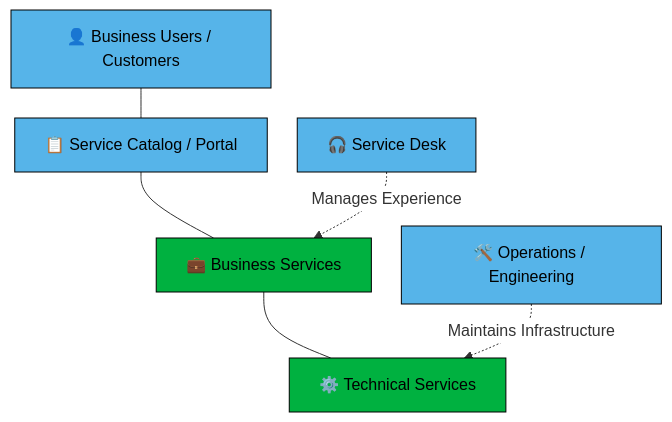
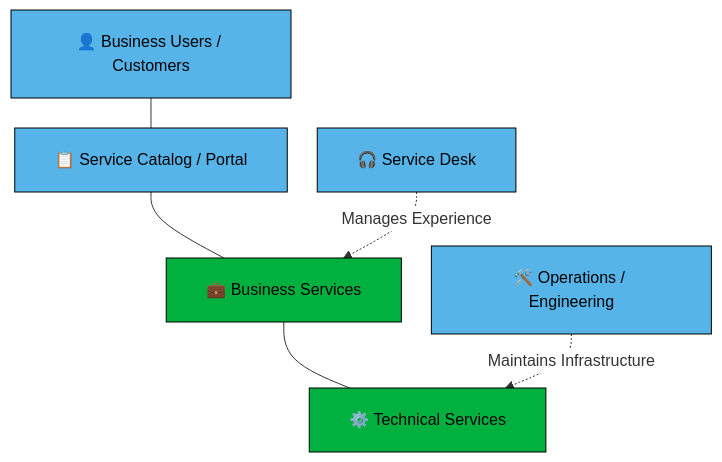
One commit to Hornbill-Docs/servicemanager-user-guide changed the diagram in servicemanager-user-guide/service-portfolio/services/overview.md. Above: the diagram before and after it, drawn with Mermaid. The commit also changed other lines of this file and 1 other file, not shown here.

````diff
--- a/servicemanager-user-guide/service-portfolio/services/overview.md
+++ b/servicemanager-user-guide/service-portfolio/services/overview.md
@@ -9,34 +9,34 @@
 ```mermaid
-%%{init: {'flowchart': {'nodeSpacing': 30, 'rankSpacing': 30}, 'themeVariables': { 'edgeLabelBackground': '#ffffff' }}}%%
+%%{init: {'flowchart': {'nodeSpacing': 30, 'padding': 20, 'rankSpacing': 30}, 'themeVariables': {'edgeLabelBackground': '#ffffff' }}}%%
 graph TD
     %% User Layer
     CU["`👤 Business Users / Customers`"]
 
     %% Access Layer
     SC["`📋 Service Catalog / Portal`"]
 
     %% Service Layer
     BS["`💼 Business Services`"]
     TS["`⚙️ Technical Services`"]
 
     %% Support Layer
     ST["`🎧 Service Desk`"]
     OT["`🛠️ Operations / Engineering`"]
 
     %% Relationships
     CU --- SC
     SC --- BS
     BS --- TS
     
     ST -.->|Manages Experience| BS
     OT -.->|Maintains Infrastructure| TS
     
     %% Accessibility-focused Styling (Pure Black Text #000)
     style CU fill:#56B4E9,stroke:#000,stroke-width:1px,color:#000
     style SC fill:#56B4E9,stroke:#000,stroke-width:1px,color:#000
     style BS fill:#00B140,stroke:#000,stroke-width:1px,color:#000
     style TS fill:#00B140,stroke:#000,stroke-width:1px,color:#000
     style ST fill:#56B4E9,stroke:#000,stroke-width:1px,color:#000
     style OT fill:#56B4E9,stroke:#000,stroke-width:1px,color:#000
 
 ```
````
